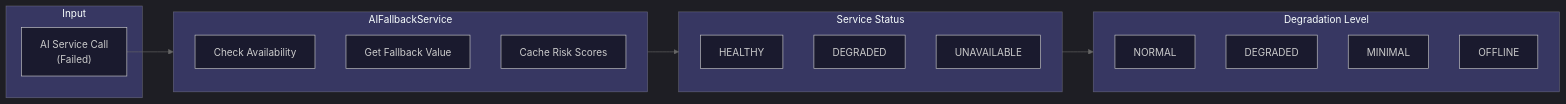
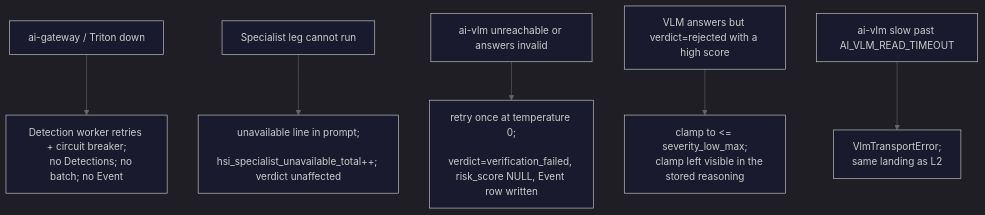
The diagram in docs/architecture/ai-orchestration/fallback-strategies.md (mikesvoboda/nemotron-v3-home-security-intelligence), drawn with Mermaid before and after one commit. The commit also changed other lines of this file and 231 other files, not shown here.

````diff
--- a/docs/architecture/ai-orchestration/fallback-strategies.md
+++ b/docs/architecture/ai-orchestration/fallback-strategies.md
@@ -11,42 +8,26 @@
 ```mermaid
 %%{init: {
   'theme': 'dark',
   'themeVariables': {
     'primaryColor': '#3B82F6',
     'primaryTextColor': '#FFFFFF',
     'primaryBorderColor': '#60A5FA',
     'secondaryColor': '#A855F7',
     'tertiaryColor': '#009688',
     'background': '#121212',
     'mainBkg': '#1a1a2e',
     'lineColor': '#666666'
   }
 }}%%
-flowchart LR
-    subgraph Input
-        ASC["AI Service Call<br/>(Failed)"]
-    end
-
-    subgraph Fallback["AIFallbackService"]
-        CA[Check Availability]
-        GF[Get Fallback Value]
-        CR[Cache Risk Scores]
-    end
-
-    subgraph Status["Service Status"]
-        HEALTHY
-        DEGRADED
-        UNAVAILABLE
-    end
-
-    subgraph Levels["Degradation Level"]
-        NORMAL
-        DEG[DEGRADED]
-        MINIMAL
-        OFFLINE
-    end
-
-    ASC --> Fallback
-    Fallback --> Status
-    Status --> Levels
+flowchart TB
+    L0["ai-gateway / Triton down"] --> R0["Detection worker retries + circuit breaker;
+    no Detections; no batch; no Event"]
+    L1["Specialist leg cannot run"] --> R1["unavailable line in prompt;
+    hsi_specialist_unavailable_total++; verdict unaffected"]
+    L2["ai-vlm unreachable or answers invalid"] --> R2["retry once at temperature 0;
+    verdict=verification_failed, risk_score NULL, Event row written"]
+    L3["VLM answers but verdict=rejected with a high score"] --> R3["clamp to <= severity_low_max;
+    clamp left visible in the stored reasoning"]
+    L4["ai-vlm slow past AI_VLM_READ_TIMEOUT"] --> R4["VlmTransportError;
+    same landing as L2"]
 ```
````
